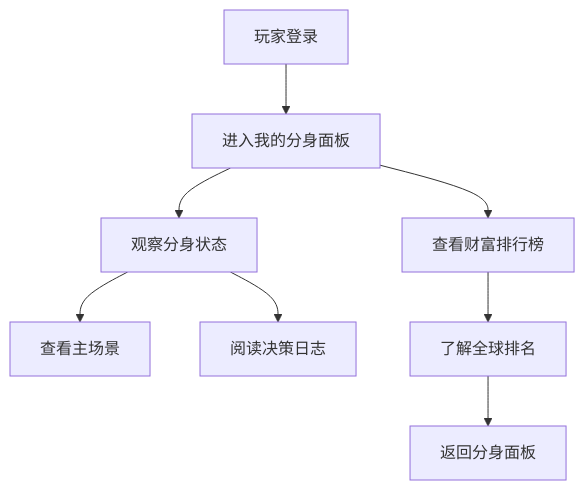
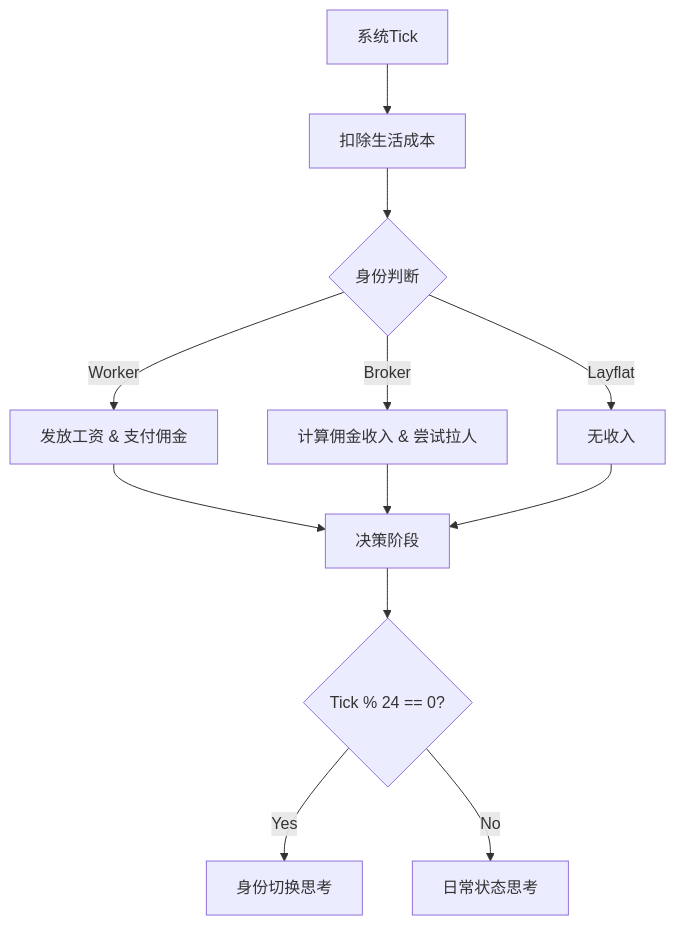
The diagram in .trae/documents/secondme-a2a-simulation-prd.md (Terencesun/hackathon-202602), drawn with Mermaid before and after one commit. The commit also changed other lines of this file and 10 other files, not shown here.

````diff
--- a/.trae/documents/secondme-a2a-simulation-prd.md
+++ b/.trae/documents/secondme-a2a-simulation-prd.md
@@ -49,10 +52,14 @@
 ```mermaid
 graph TD
-    A[玩家登录] --> B[进入我的分身面板]
-    B --> C[观察分身状态]
-    C --> D[查看主场景]
-    C --> E[阅读决策日志]
-    B --> F[查看财富排行榜]
-    F --> G[了解全球排名]
-    G --> H[返回分身面板]
+    A[系统Tick] --> B[扣除生活成本]
+    B --> C{身份判断}
+    C -->|Worker| D[发放工资 & 支付佣金]
+    C -->|Broker| E[计算佣金收入 & 尝试拉人]
+    C -->|Layflat| F[无收入]
+    D --> G[决策阶段]
+    E --> G
+    F --> G
+    G --> H{Tick % 24 == 0?}
+    H -->|Yes| I[身份切换思考]
+    H -->|No| J[日常状态思考]
 ```
````
